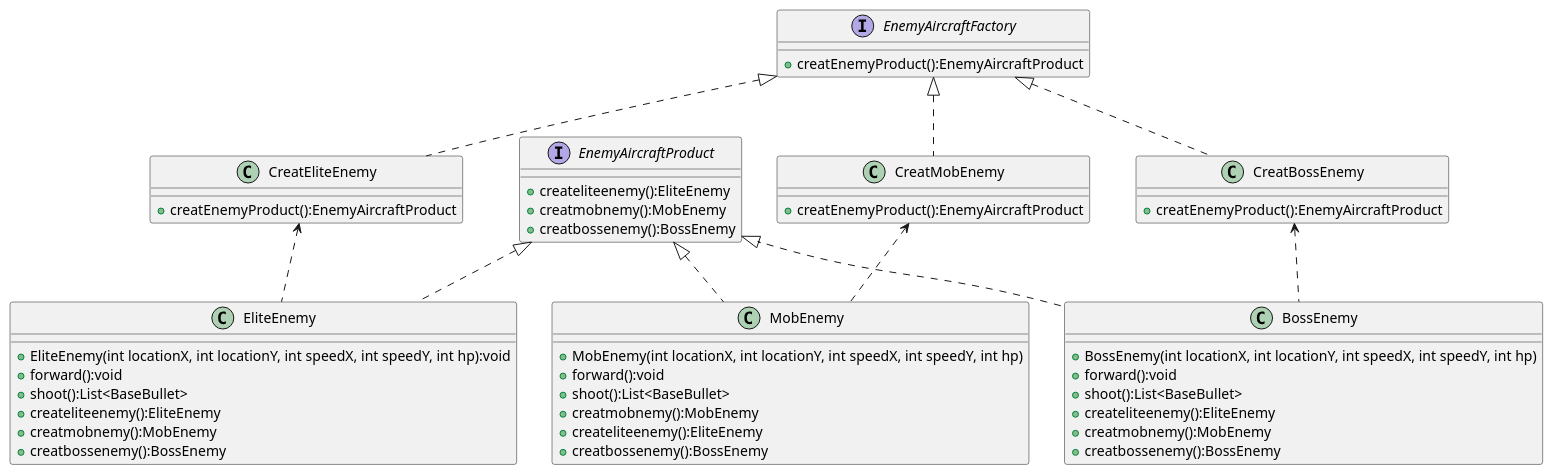
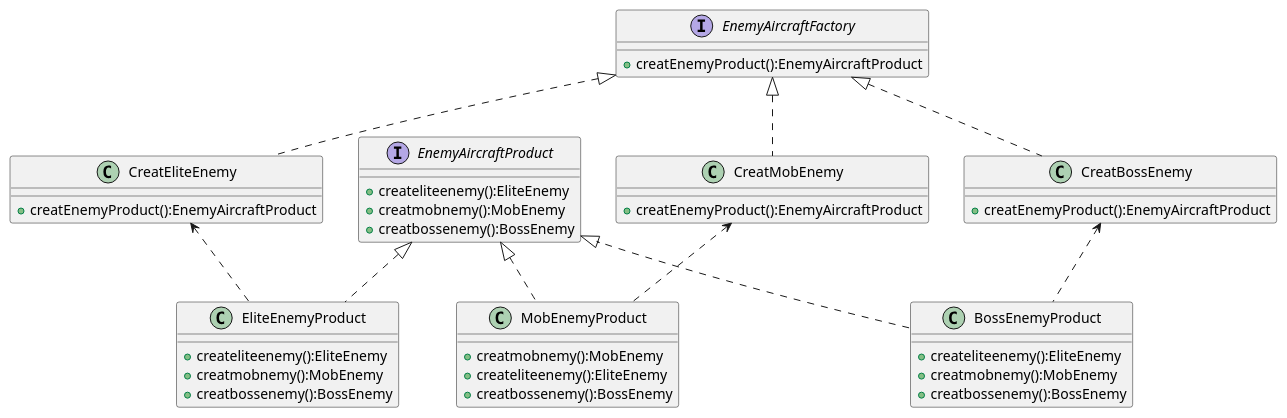
Before and after one commit to violence-max/GameAircraft: the diagram in uml/enemyfactory.puml, drawn with PlantUML. The commit also changed 9 other files, not shown here.

```diff
--- a/uml/enemyfactory.puml
+++ b/uml/enemyfactory.puml
@@ -1,65 +1,56 @@
 @startuml
 'https://plantuml.com/class-diagram
 
 interface EnemyAircraftFactory{
     + creatEnemyProduct():EnemyAircraftProduct
 }
 
 interface EnemyAircraftProduct{
     + createliteenemy():EliteEnemy
     + creatmobnemy():MobEnemy
     + creatbossenemy():BossEnemy
 }
 
-EnemyAircraftProduct <|.. EliteEnemy
-EnemyAircraftProduct <|.. MobEnemy
-EnemyAircraftProduct <|.. BossEnemy
+EnemyAircraftProduct <|.. EliteEnemyProduct
+EnemyAircraftProduct <|.. MobEnemyProduct
+EnemyAircraftProduct <|.. BossEnemyProduct
 
 EnemyAircraftFactory <|.. CreatEliteEnemy
 EnemyAircraftFactory <|.. CreatMobEnemy
 EnemyAircraftFactory <|.. CreatBossEnemy
 
-CreatMobEnemy <.. MobEnemy
-CreatEliteEnemy <.. EliteEnemy
-CreatBossEnemy <.. BossEnemy
+CreatMobEnemy <.. MobEnemyProduct
+CreatEliteEnemy <.. EliteEnemyProduct
+CreatBossEnemy <.. BossEnemyProduct
 
 class CreatEliteEnemy{
     + creatEnemyProduct():EnemyAircraftProduct
 }
 
 class CreatMobEnemy{
     + creatEnemyProduct():EnemyAircraftProduct
 }
 
 class CreatBossEnemy{
     + creatEnemyProduct():EnemyAircraftProduct
 }
 
-class MobEnemy {
-    + MobEnemy(int locationX, int locationY, int speedX, int speedY, int hp)
-    + forward():void
-    + shoot():List<BaseBullet>
+class MobEnemyProduct {
     + creatmobnemy():MobEnemy
     + createliteenemy():EliteEnemy
     + creatbossenemy():BossEnemy
 }
 
-class EliteEnemy {
-    + EliteEnemy(int locationX, int locationY, int speedX, int speedY, int hp):void
-    + forward():void
-    + shoot():List<BaseBullet>
+class EliteEnemyProduct {
     + createliteenemy():EliteEnemy
     + creatmobnemy():MobEnemy
     + creatbossenemy():BossEnemy
 }
 
-class BossEnemy{
-    + BossEnemy(int locationX, int locationY, int speedX, int speedY, int hp)
-    + forward():void
-    + shoot():List<BaseBullet>
+class BossEnemyProduct{
     + createliteenemy():EliteEnemy
     + creatmobnemy():MobEnemy
     + creatbossenemy():BossEnemy
 }
 
 @enduml
```
